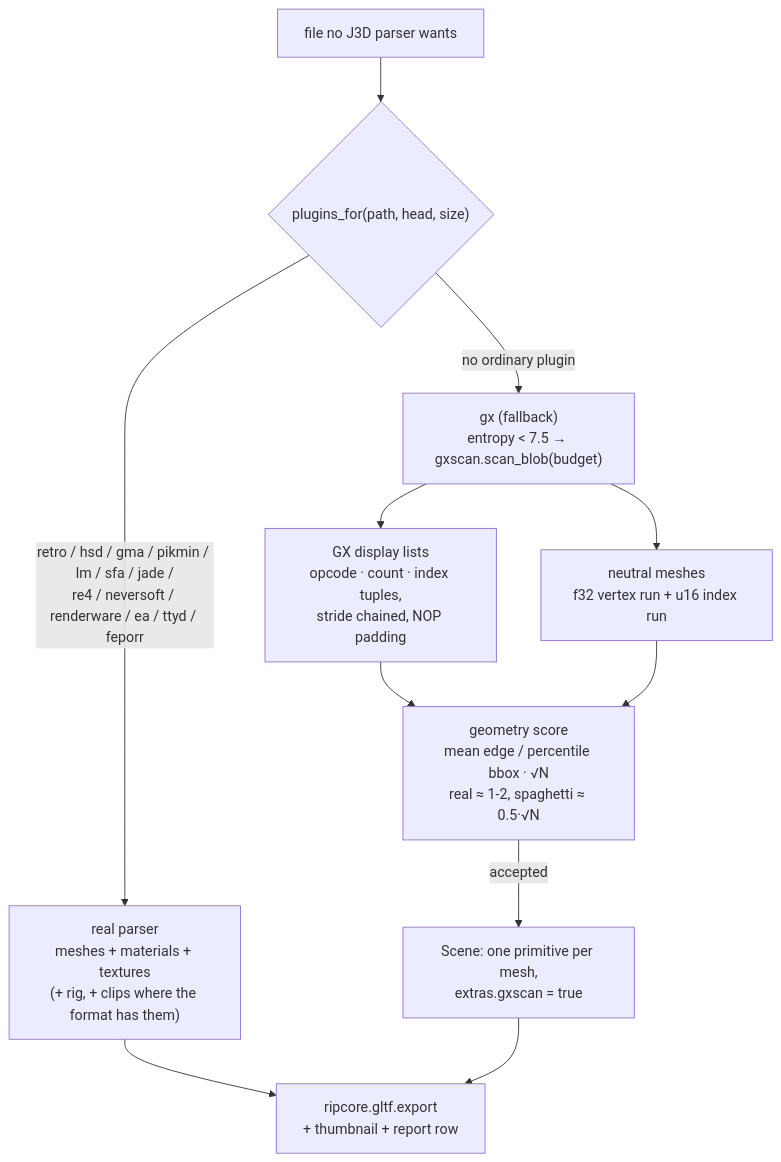
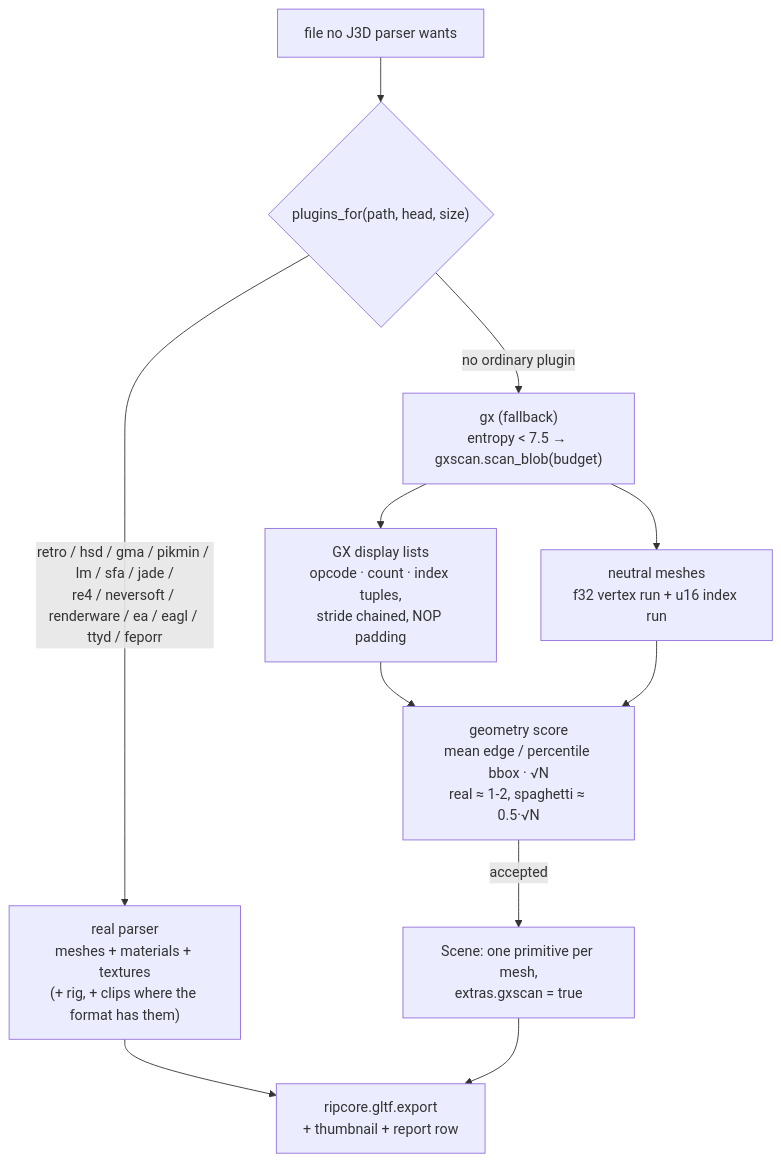
The eighth of 8 diagrams in docs/PIPELINE.md (Felbs/3d-ripper-9000), drawn with Mermaid before and after one commit. The commit also changed other lines of this file and 3 other files, not shown here.

First line of the commit message:
gcrip eagl: full rig + skin weights - __Skeleton records (parent/TRS/inverse bind), per-slot weight rows with the bone index in the low mantissa byte -> JOINTS_0/WEIGHTS_0; variations are kit toggles, not LODs

````diff
--- a/docs/PIPELINE.md
+++ b/docs/PIPELINE.md
@@ -173,11 +173,11 @@
 ```mermaid
 flowchart TD
     F["file no J3D parser wants"] --> D{"plugins_for(path, head, size)"}
-    D -->|"retro / hsd / gma / pikmin / lm / sfa / jade /<br/>re4 / neversoft / renderware / ea / ttyd / feporr"| R["real parser<br/>meshes + materials + textures<br/>(+ rig, + clips where the format has them)"]
+    D -->|"retro / hsd / gma / pikmin / lm / sfa / jade /<br/>re4 / neversoft / renderware / ea / eagl / ttyd / feporr"| R["real parser<br/>meshes + materials + textures<br/>(+ rig, + clips where the format has them)"]
     D -->|"no ordinary plugin"| S["gx (fallback)<br/>entropy < 7.5 → gxscan.scan_blob(budget)"]
     S --> L["GX display lists<br/>opcode · count · index tuples,<br/>stride chained, NOP padding"]
     S --> N["neutral meshes<br/>f32 vertex run + u16 index run"]
     L & N --> SC["geometry score<br/>mean edge / percentile bbox · √N<br/>real ≈ 1-2, spaghetti ≈ 0.5·√N"]
     SC -->|"accepted"| M["Scene: one primitive per mesh,<br/>extras.gxscan = true"]
     R & M --> E["ripcore.gltf.export<br/>+ thumbnail + report row"]
 ```
````
